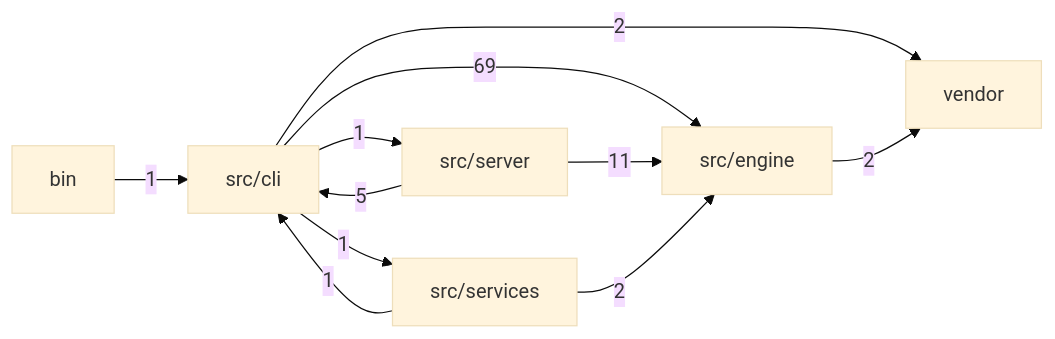
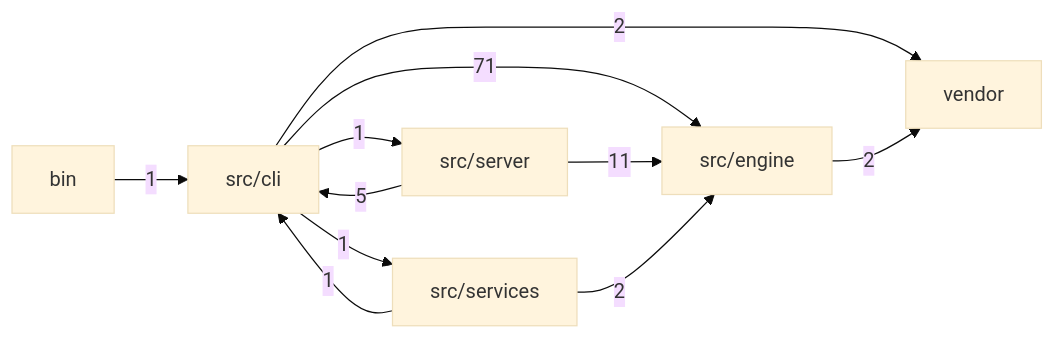
One commit to mgillr/memev changed the first of 2 diagrams in docs/MODULES.md. Above: the diagram before and after it, drawn with Mermaid (base theme). The commit also changed other lines of this file and 3 other files, not shown here.

````diff
--- a/docs/MODULES.md
+++ b/docs/MODULES.md
@@ -11,19 +11,19 @@
 ```mermaid
 flowchart LR
   bin["bin"]
   cli["src/cli"]
   engine["src/engine"]
   server["src/server"]
   services["src/services"]
   vendor["vendor"]
   bin -->|"1"| cli
-  cli -->|"69"| engine
+  cli -->|"71"| engine
   cli -->|"1"| server
   cli -->|"1"| services
   cli -->|"2"| vendor
   engine -->|"2"| vendor
   server -->|"5"| cli
   server -->|"11"| engine
   services -->|"1"| cli
   services -->|"2"| engine
 ```
````
